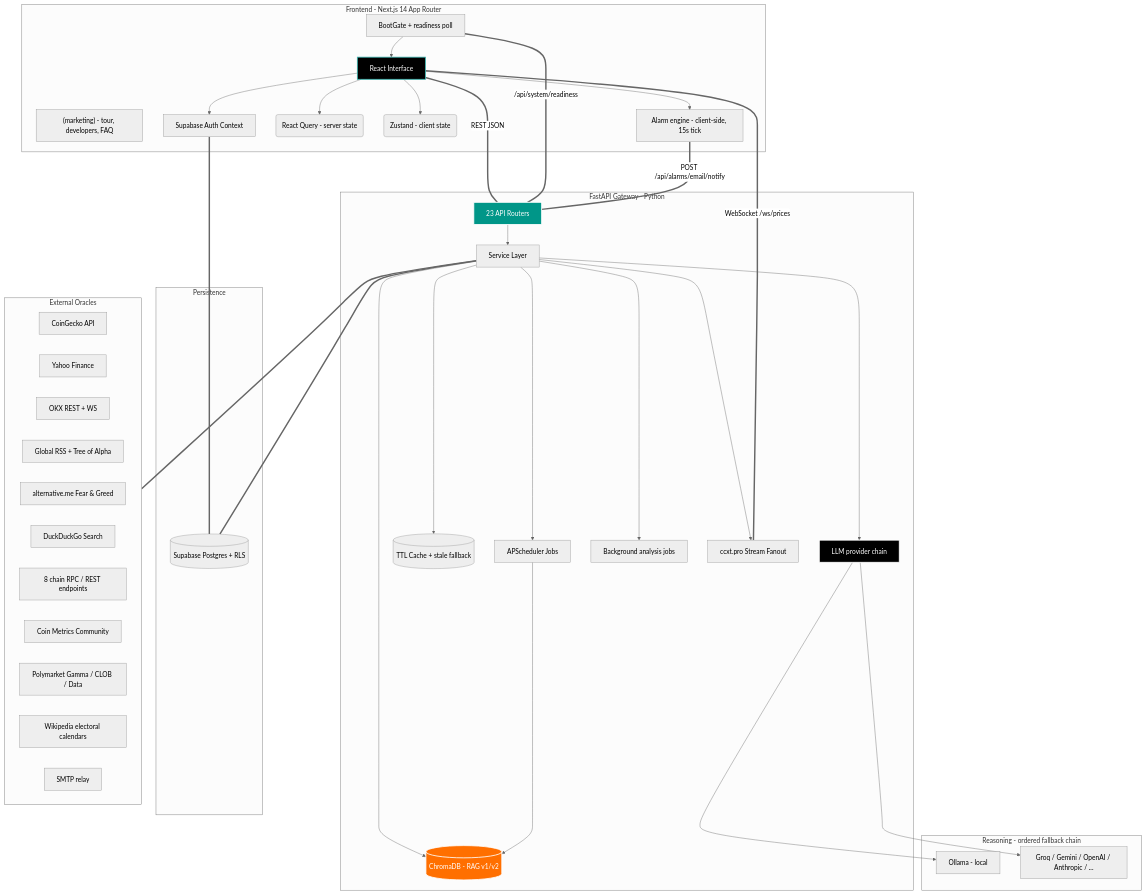
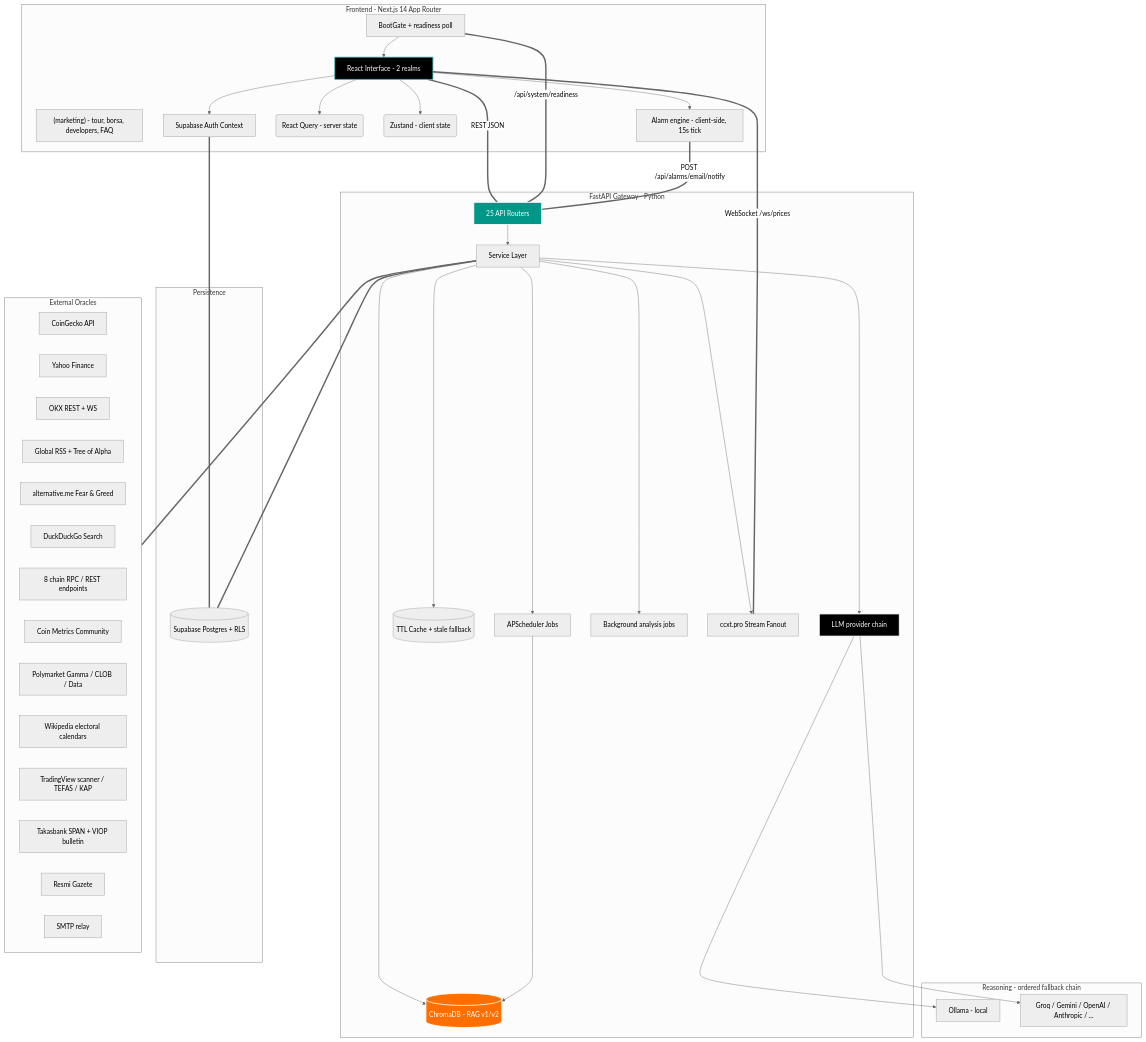
One commit to Yigtwxx/OracleX changed the diagram in README.md. Above: the diagram before and after it, drawn with Mermaid (neutral theme). The commit also changed other lines of this file, not shown here.

Commit message:
feat: implement BIST market analysis suite including ViOP integration, heatmap visualization, alarm engine, and enhanced landing page components.

````diff
--- a/README.md
+++ b/README.md
@@ -507,60 +670,63 @@
 ```mermaid
 graph TD;
     subgraph Client [Frontend - Next.js 14 App Router]
-    Landing["(marketing) - tour, developers, FAQ"]
-    Gate[BootGate + readiness poll] --> UI[React Interface]
+    Landing["(marketing) - tour, borsa, developers, FAQ"]
+    Gate[BootGate + readiness poll] --> UI[React Interface - 2 realms]
     UI --> Alarms[Alarm engine - client-side, 15s tick]
     UI --> RQ(React Query - server state)
     UI --> Zustand(Zustand - client state)
     UI --> Auth[Supabase Auth Context]
     end
 
     subgraph API [FastAPI Gateway - Python]
-    Router[23 API Routers] --> Manager[Service Layer]
+    Router[25 API Routers] --> Manager[Service Layer]
     Manager --> LLM[LLM provider chain]
     Manager --> RAG[(ChromaDB - RAG v1/v2)]
     Manager --> Cache[(TTL Cache + stale fallback)]
     Manager --> Sched[APScheduler Jobs]
     Manager --> Jobs[Background analysis jobs]
     Manager --> WSS[ccxt.pro Stream Fanout]
     end
 
     subgraph Brain [Reasoning - ordered fallback chain]
     OL[Ollama - local]
     CLOUD[Groq / Gemini / OpenAI / Anthropic / ...]
     end
 
     subgraph Data [Persistence]
     SB[(Supabase Postgres + RLS)]
     end
 
     subgraph External [External Oracles]
     CG[CoinGecko API]
     YF[Yahoo Finance]
     OKX[OKX REST + WS]
     RSS[Global RSS + Tree of Alpha]
     FG[alternative.me Fear & Greed]
     DDG[DuckDuckGo Search]
     RPC[8 chain RPC / REST endpoints]
     CM[Coin Metrics Community]
     PM[Polymarket Gamma / CLOB / Data]
     WIKI[Wikipedia electoral calendars]
+    TR[TradingView scanner / TEFAS / KAP]
+    TB[Takasbank SPAN + VIOP bulletin]
+    RG[Resmi Gazete]
     SMTP[SMTP relay]
     end
 
     UI ===|REST JSON| Router
     Gate ===|/api/system/readiness| Router
     UI ===|WebSocket /ws/prices| WSS
     Alarms ===|POST /api/alarms/email/notify| Router
     Auth === SB
     Manager === SB
     Manager === External
     LLM --> OL
     LLM --> CLOUD
     Sched --> RAG
 
     style UI fill:#000000,stroke:#38B2AC,stroke-width:2px,color:#fff
     style Router fill:#009688,stroke:#fff,stroke-width:2px,color:#fff
     style LLM fill:#000000,stroke:#fff,stroke-width:2px,color:#fff
     style RAG fill:#FF6F00,stroke:#fff,stroke-width:2px,color:#fff
 ```
````
